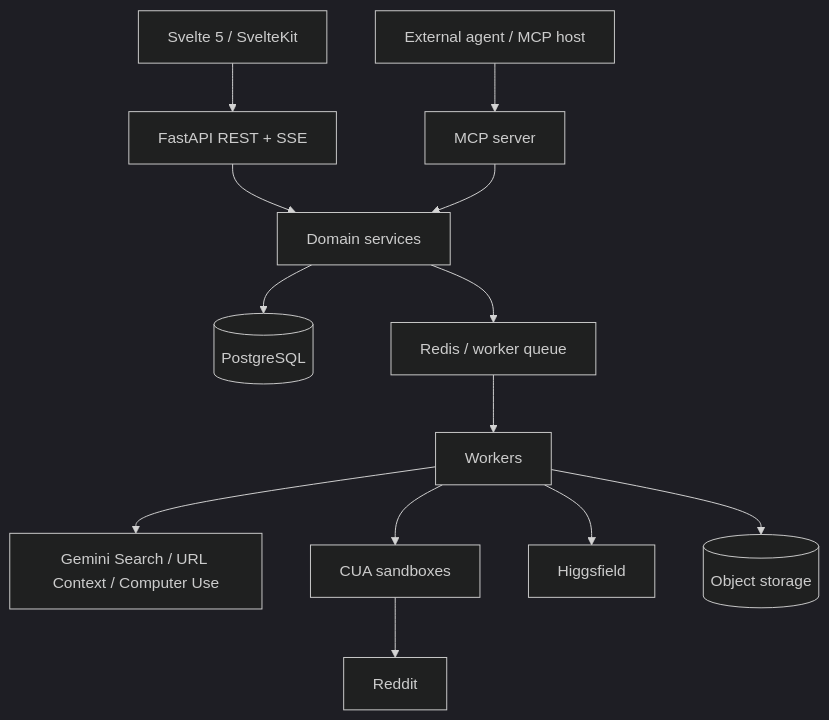
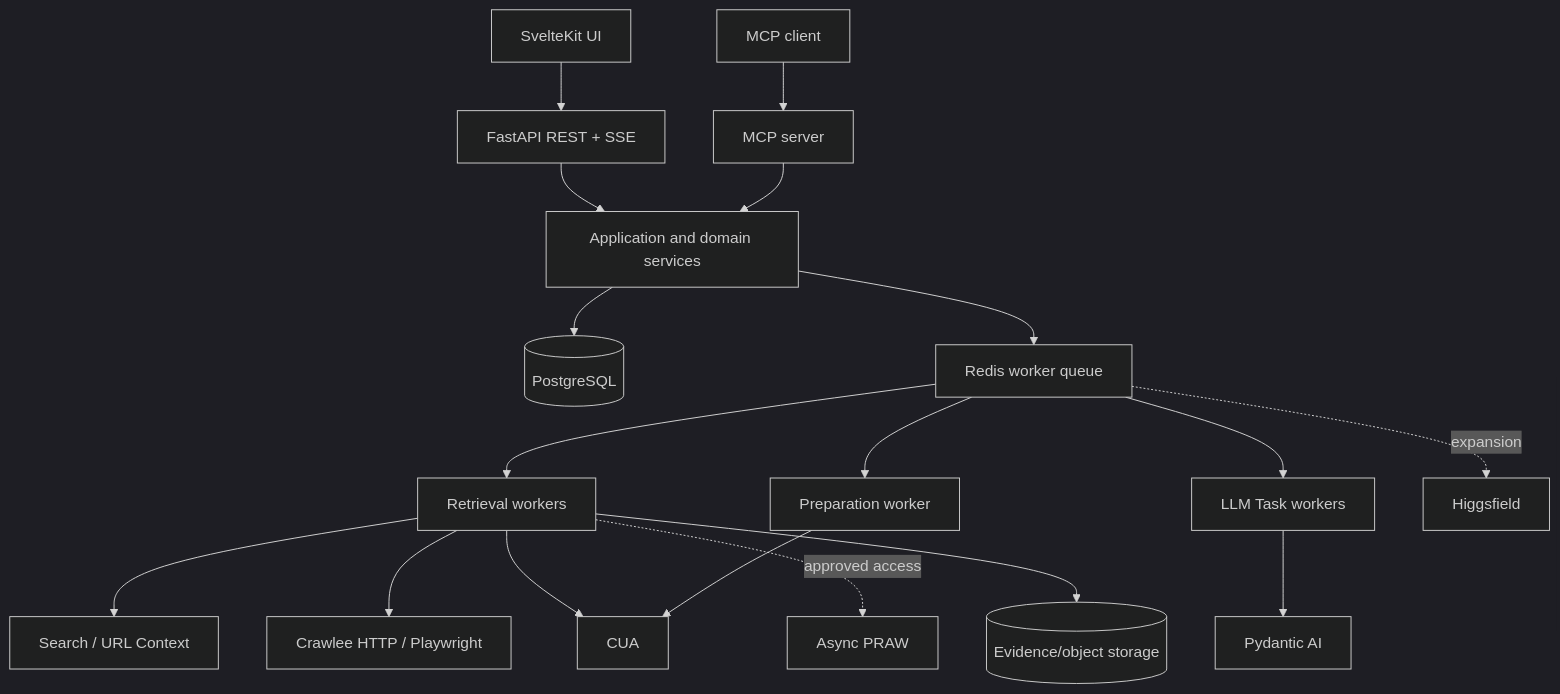
The diagram in social_intelligence_markdown/docs/architecture/system-design.md (harihkim/aptori_outreach), drawn with Mermaid (dark theme) before and after one commit. The commit also changed other lines of this file and 37 other files, not shown here.

Commit message:
docs: harden retrieval, llm execution, and approval contracts

````diff
--- a/social_intelligence_markdown/docs/architecture/system-design.md
+++ b/social_intelligence_markdown/docs/architecture/system-design.md
@@ -8,15 +8,20 @@
 ```mermaid
 flowchart TB
-    UI[Svelte 5 / SvelteKit] --> REST[FastAPI REST + SSE]
-    AG[External agent / MCP host] --> MCP[MCP server]
-    REST --> CORE[Domain services]
+    UI[SvelteKit UI] --> REST[FastAPI REST + SSE]
+    AG[MCP client] --> MCP[MCP server]
+    REST --> CORE[Application and domain services]
     MCP --> CORE
     CORE --> PG[(PostgreSQL)]
-    CORE --> Q[Redis / worker queue]
-    Q --> W[Workers]
-    W --> GEM[Gemini Search / URL Context / Computer Use]
-    W --> CUA[CUA sandboxes]
-    W --> HIG[Higgsfield]
-    CUA --> RED[Reddit]
-    W --> OBJ[(Object storage)]
+    CORE --> Q[Redis worker queue]
+    Q --> RW[Retrieval workers]
+    Q --> LW[LLM Task workers]
+    Q --> PW[Preparation worker]
+    RW --> SEARCH[Search / URL Context]
+    RW --> CRAWLEE[Crawlee HTTP / Playwright]
+    RW --> CUA[CUA]
+    RW -. approved access .-> APRAW[Async PRAW]
+    LW --> PAI[Pydantic AI]
+    PW --> CUA
+    Q -. expansion .-> HIG[Higgsfield]
+    RW --> OBJ[(Evidence/object storage)]
 ```
````
